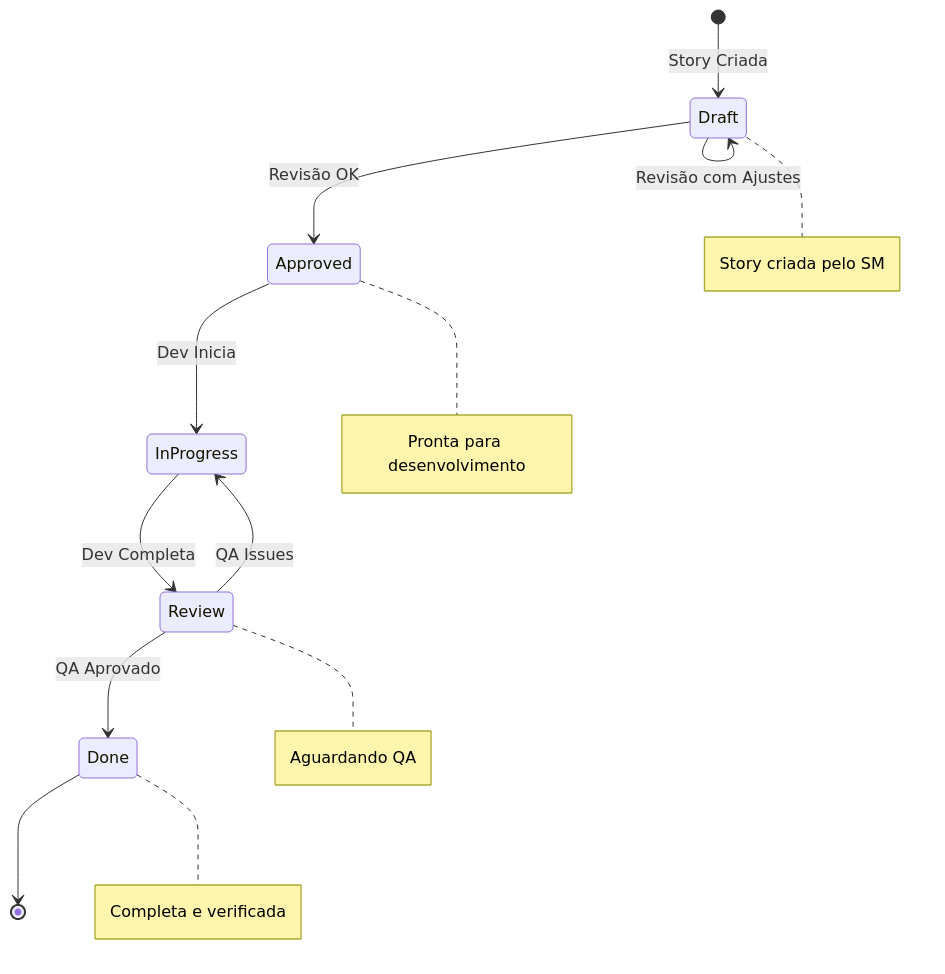
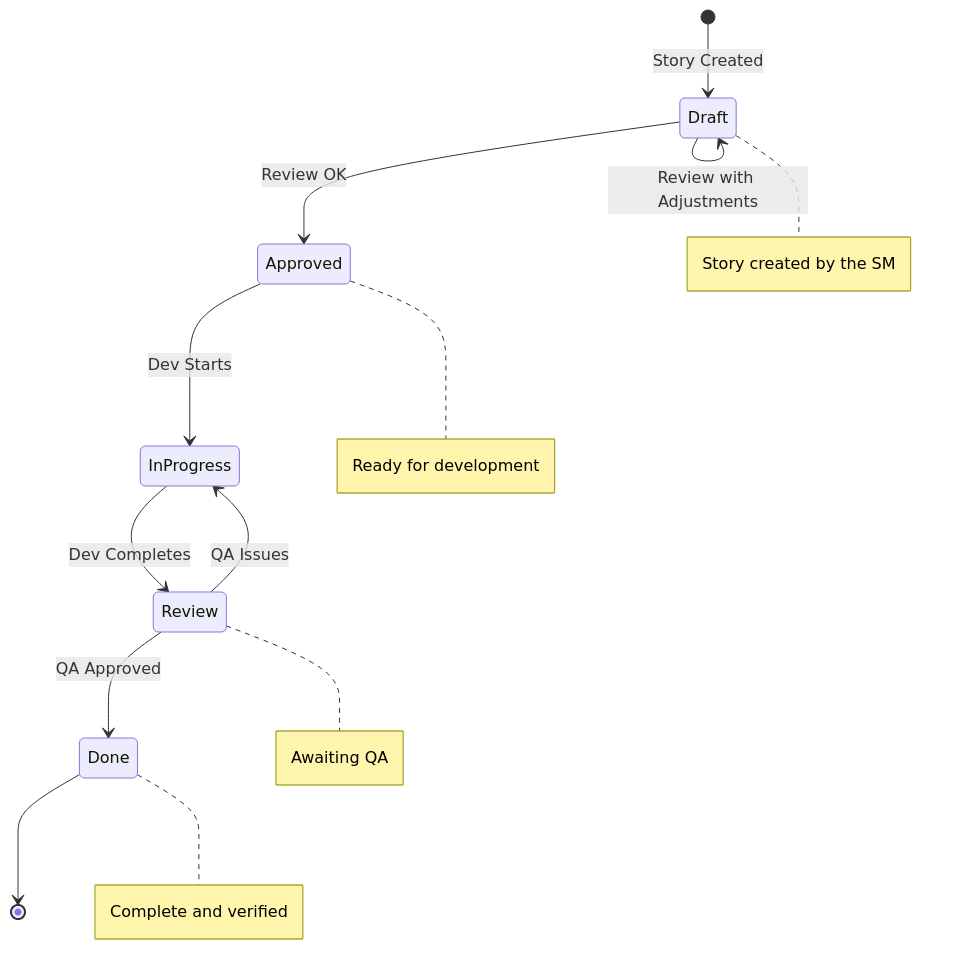
The eighth of 9 diagrams in docs/aexos-workflows/brownfield-fullstack-workflow.md (CyryxLabs/AEXOS), drawn with Mermaid before and after one commit. The commit also changed other lines of this file and 528 other files, not shown here.

````diff
--- a/docs/aexos-workflows/brownfield-fullstack-workflow.md
+++ b/docs/aexos-workflows/brownfield-fullstack-workflow.md
@@ -748,16 +748,16 @@
 ```mermaid
 stateDiagram-v2
-    [*] --> Draft: Story Criada
-    Draft --> Approved: Revisão OK
-    Draft --> Draft: Revisão com Ajustes
-    Approved --> InProgress: Dev Inicia
-    InProgress --> Review: Dev Completa
+    [*] --> Draft: Story Created
+    Draft --> Approved: Review OK
+    Draft --> Draft: Review with Adjustments
+    Approved --> InProgress: Dev Starts
+    InProgress --> Review: Dev Completes
     Review --> InProgress: QA Issues
-    Review --> Done: QA Aprovado
+    Review --> Done: QA Approved
     Done --> [*]
 
-    note right of Draft: Story criada pelo SM
-    note right of Approved: Pronta para desenvolvimento
-    note right of Review: Aguardando QA
-    note right of Done: Completa e verificada
+    note right of Draft: Story created by the SM
+    note right of Approved: Ready for development
+    note right of Review: Awaiting QA
+    note right of Done: Complete and verified
 ```
````
